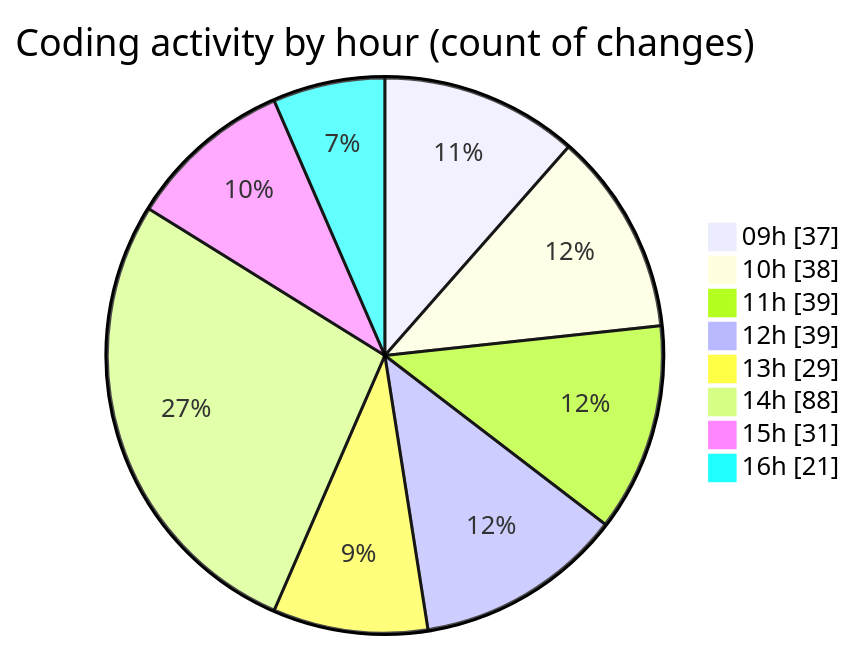
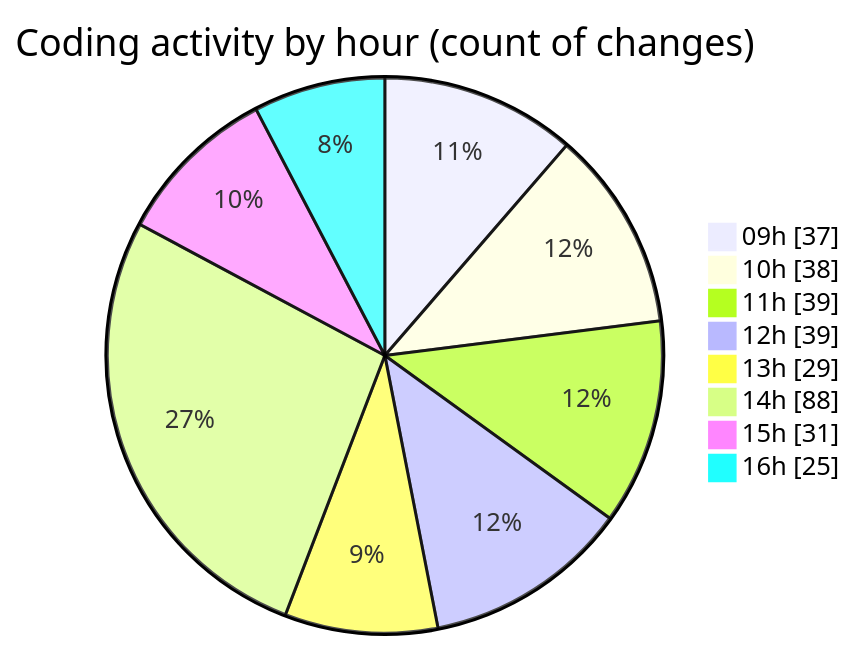
One commit to momahboobian/code-tracking changed the second of 2 diagrams in 2025-02-12/cda/README.md. Above: the diagram before and after it, drawn with Mermaid. The commit also changed other lines of this file and 1 other file, not shown here.

````diff
--- a/2025-02-12/cda/README.md
+++ b/2025-02-12/cda/README.md
@@ -50,12 +53,12 @@
 ```mermaid
 pie showData
 title Coding activity by hour (count of changes)
 "09h" : 37
 "10h" : 38
 "11h" : 39
 "12h" : 39
 "13h" : 29
 "14h" : 88
 "15h" : 31
-"16h" : 21
+"16h" : 25
 ```
````
